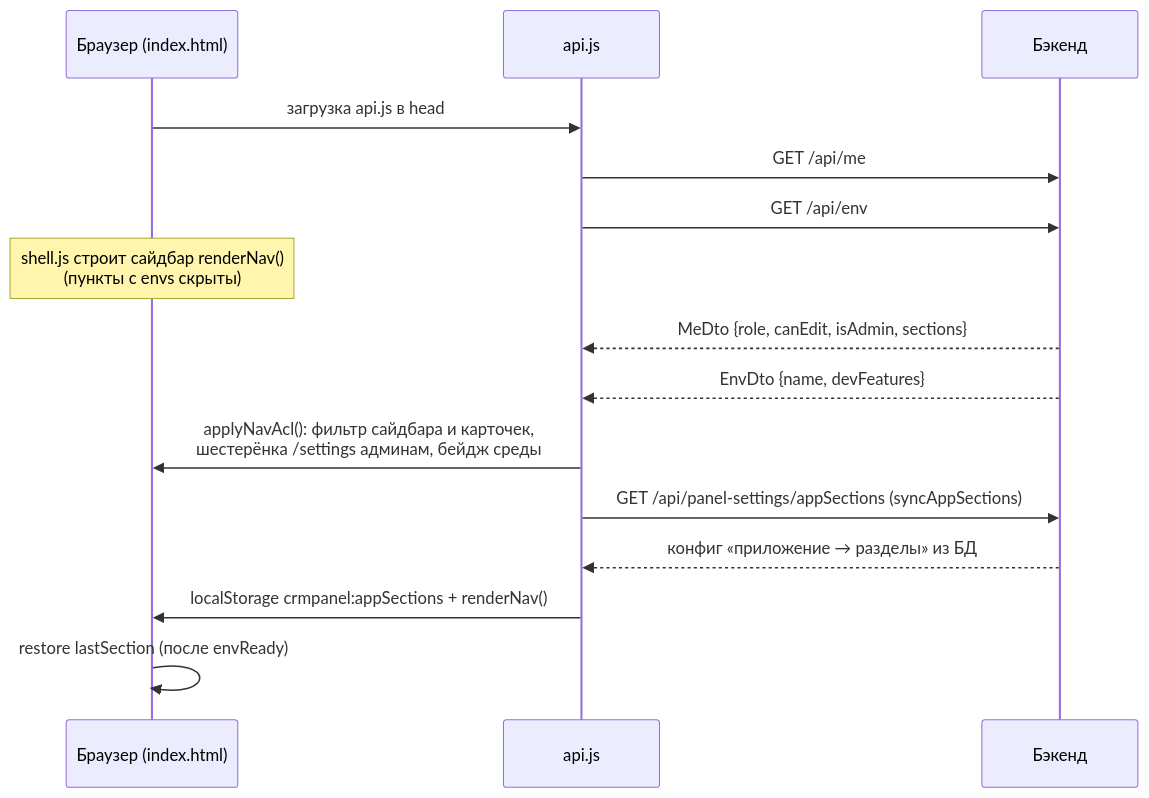
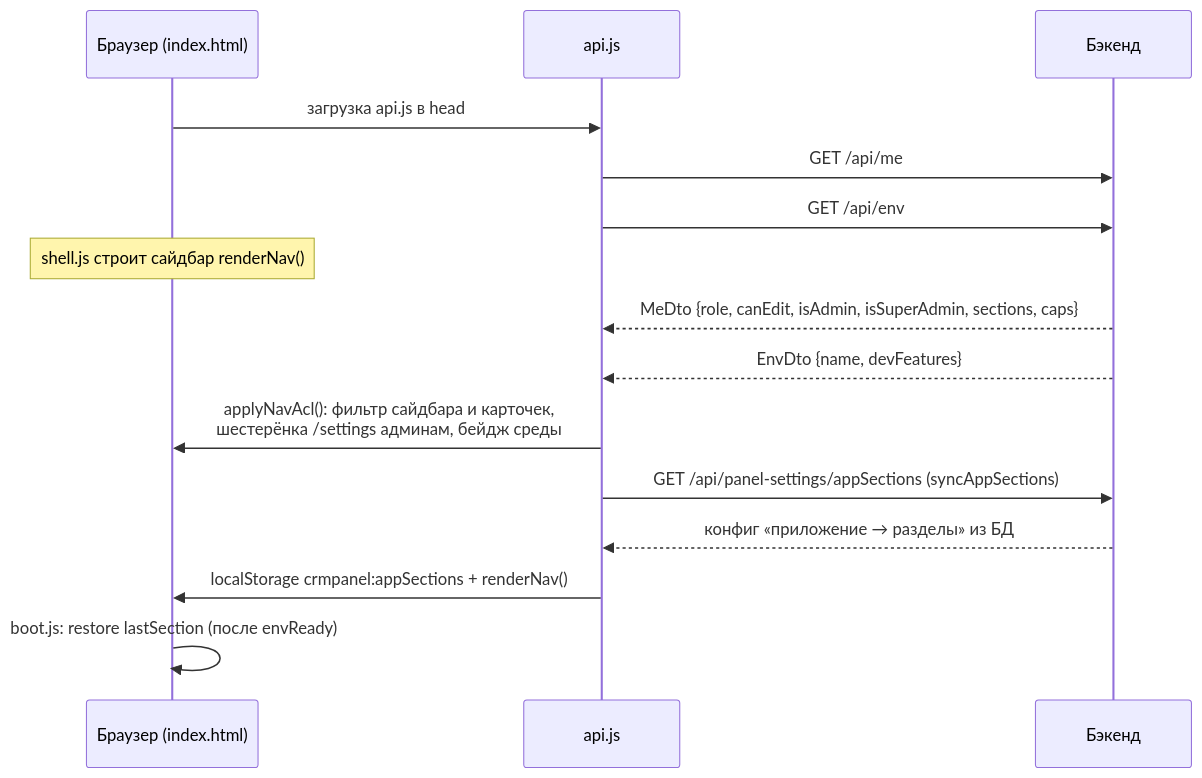
The diagram in crm-admin/docs/Frontend/Обзор фронтенда.md (AlexRaisky/crm.banki.ru), drawn with Mermaid before and after one commit. The commit also changed other lines of this file and 27 other files, not shown here.

````diff
--- a/crm-admin/docs/Frontend/Обзор фронтенда.md
+++ b/crm-admin/docs/Frontend/Обзор фронтенда.md
@@ -53,17 +55,17 @@
 ```mermaid
 sequenceDiagram
     participant B as Браузер (index.html)
     participant A as api.js
     participant S as Бэкенд
     B->>A: загрузка api.js в head
     A->>S: GET /api/me
     A->>S: GET /api/env
-    Note over B: shell.js строит сайдбар renderNav()<br/>(пункты с envs скрыты)
-    S-->>A: MeDto {role, canEdit, isAdmin, sections}
+    Note over B: shell.js строит сайдбар renderNav()
+    S-->>A: MeDto {role, canEdit, isAdmin, isSuperAdmin, sections, caps}
     S-->>A: EnvDto {name, devFeatures}
     A->>B: applyNavAcl(): фильтр сайдбара и карточек,<br/>шестерёнка /settings админам, бейдж среды
     A->>S: GET /api/panel-settings/appSections (syncAppSections)
     S-->>A: конфиг «приложение → разделы» из БД
     A->>B: localStorage crmpanel:appSections + renderNav()
-    B->>B: restore lastSection (после envReady)
+    B->>B: boot.js: restore lastSection (после envReady)
 ```
````
